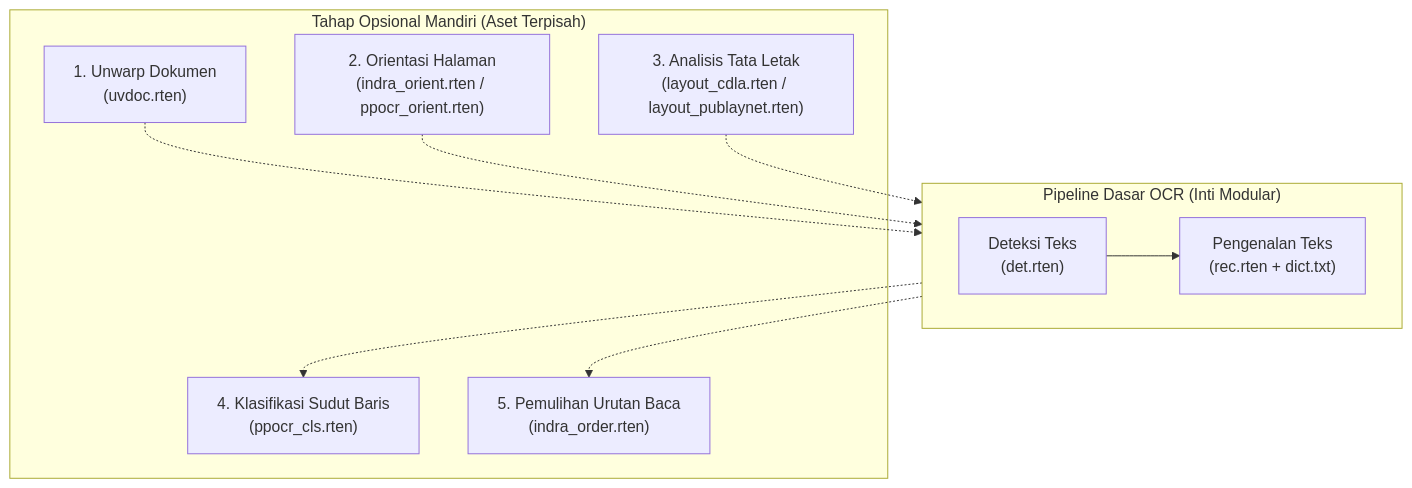
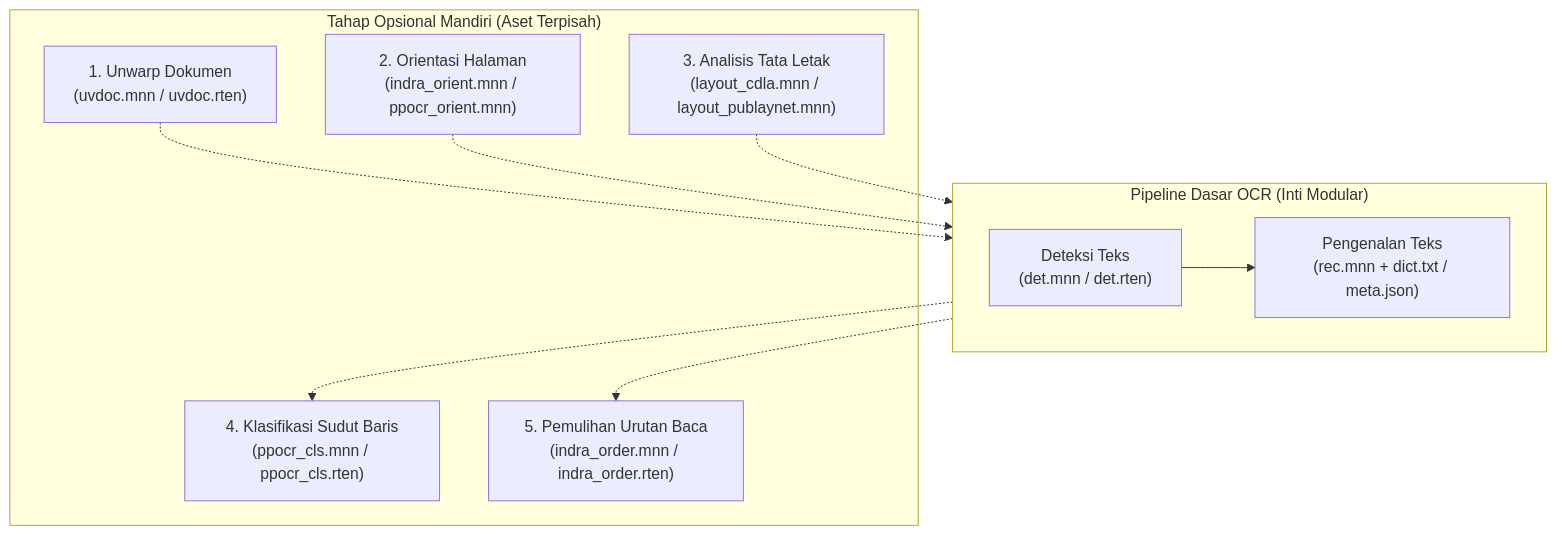
Before and after one commit to byrizki/rusto-rs: the first of 2 diagrams in docs/content/id/03.advance-guide/01.models-and-tiers.md, drawn with Mermaid. The commit also changed other lines of this file and 63 other files, not shown here.

````diff
--- a/docs/content/id/03.advance-guide/01.models-and-tiers.md
+++ b/docs/content/id/03.advance-guide/01.models-and-tiers.md
@@ -41,20 +41,20 @@
 ```mermaid
 flowchart TD
     subgraph BASE["Pipeline Dasar OCR (Inti Modular)"]
-        DET["Deteksi Teks<br/>(det.rten)"] --> REC["Pengenalan Teks<br/>(rec.rten + dict.txt)"]
+        DET["Deteksi Teks<br/>(det.mnn / det.rten)"] --> REC["Pengenalan Teks<br/>(rec.mnn + dict.txt / meta.json)"]
     end
 
     subgraph EXTRAS["Tahap Opsional Mandiri (Aset Terpisah)"]
-        UNWARP["1. Unwarp Dokumen<br/>(uvdoc.rten)"]
-        ORIENT["2. Orientasi Halaman<br/>(indra_orient.rten / ppocr_orient.rten)"]
-        LAYOUT["3. Analisis Tata Letak<br/>(layout_cdla.rten / layout_publaynet.rten)"]
-        CLS["4. Klasifikasi Sudut Baris<br/>(ppocr_cls.rten)"]
-        ORDER["5. Pemulihan Urutan Baca<br/>(indra_order.rten)"]
+        UNWARP["1. Unwarp Dokumen<br/>(uvdoc.mnn / uvdoc.rten)"]
+        ORIENT["2. Orientasi Halaman<br/>(indra_orient.mnn / ppocr_orient.mnn)"]
+        LAYOUT["3. Analisis Tata Letak<br/>(layout_cdla.mnn / layout_publaynet.mnn)"]
+        CLS["4. Klasifikasi Sudut Baris<br/>(ppocr_cls.mnn / ppocr_cls.rten)"]
+        ORDER["5. Pemulihan Urutan Baca<br/>(indra_order.mnn / indra_order.rten)"]
     end
 
     UNWARP -.-> BASE
     ORIENT -.-> BASE
     LAYOUT -.-> BASE
     BASE -.-> CLS
     BASE -.-> ORDER
 ```
````
